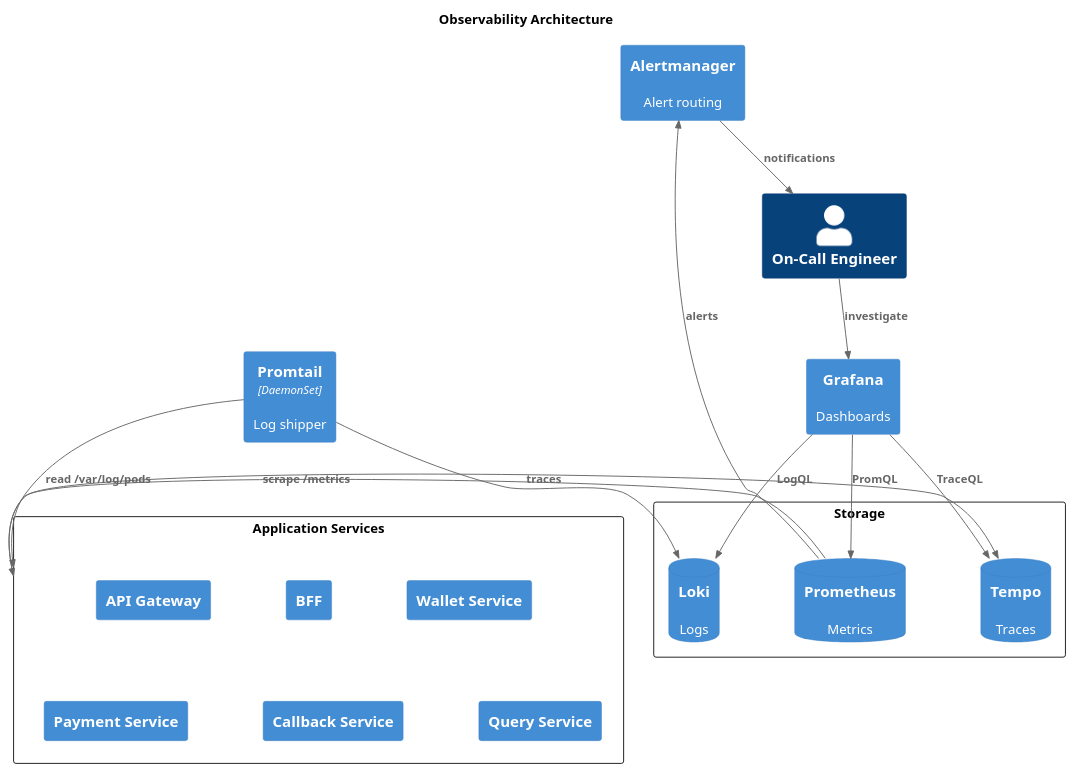
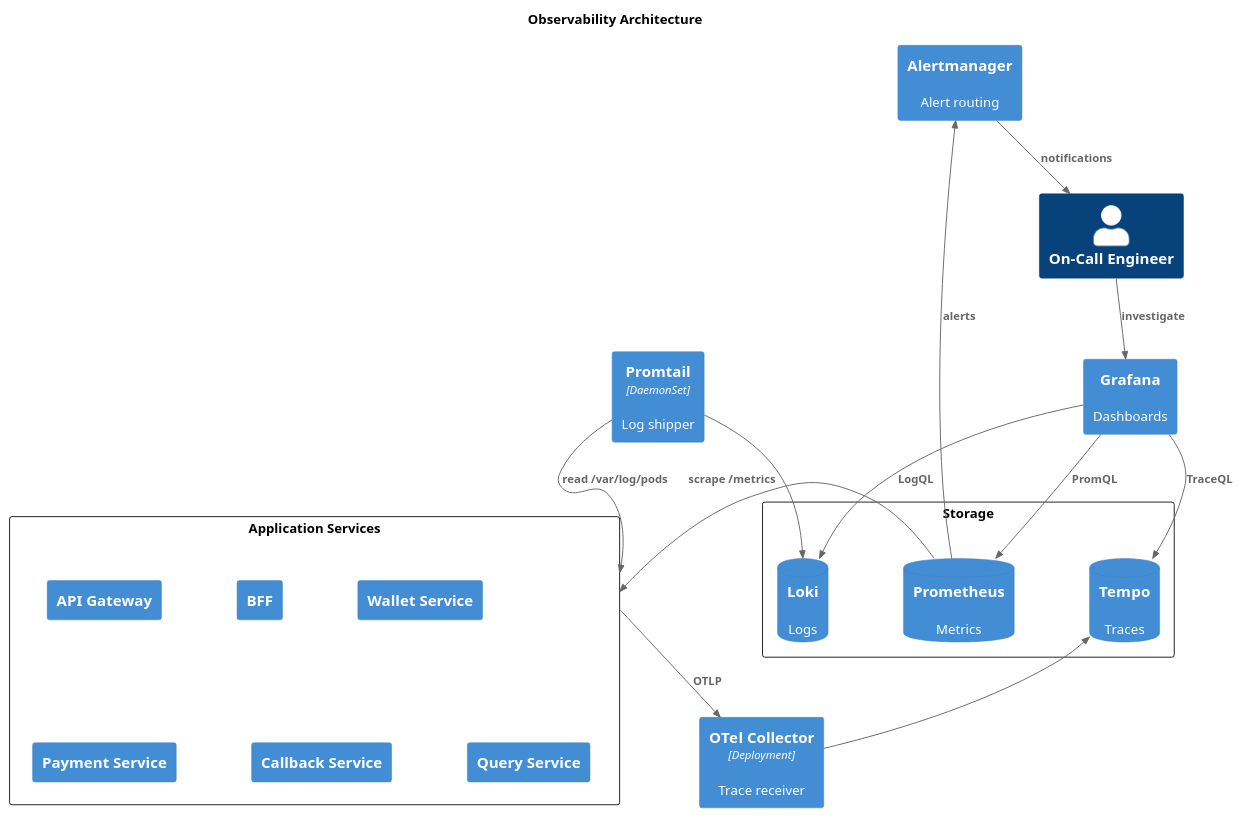
One commit to krsvyat/system-design changed the diagram in diagrams/c4/c2-observability.puml. Above: the diagram before and after it, drawn with PlantUML. The commit also changed 9 other files, not shown here.

```diff
--- a/diagrams/c4/c2-observability.puml
+++ b/diagrams/c4/c2-observability.puml
@@ -1,64 +1,66 @@
 @startuml c2-observability
 !include https://raw.githubusercontent.com/plantuml-stdlib/C4-PlantUML/master/C4_Container.puml
 
 LAYOUT_TOP_DOWN()
 HIDE_STEREOTYPE()
 
 skinparam nodesep 80
 skinparam ranksep 60
 
 title Observability Architecture
 
 ' === Application Services ===
 Rectangle "Application Services" as apps {
     Container(gateway, "API Gateway", "", "")
     Container(bff, "BFF", "", "")
     Container(wallet, "Wallet Service", "", "")
     Container(payment, "Payment Service", "", "")
     Container(callback, "Callback Service", "", "")
     Container(query, "Query Service", "", "")
 }
 
 ' === Collection ===
 Container(promtail, "Promtail", "DaemonSet", "Log shipper")
+Container(otel, "OTel Collector", "Deployment", "Trace receiver")
 
 ' === Storage Layer ===
 Rectangle "Storage" as storage {
     ContainerDb(prometheus, "Prometheus", "", "Metrics")
     ContainerDb(loki, "Loki", "", "Logs")
     ContainerDb(tempo, "Tempo", "", "Traces")
 }
 
 ' === Visualization ===
 Container(grafana, "Grafana", "", "Dashboards")
 
 ' === Alerting ===
 Container(alertmanager, "Alertmanager", "", "Alert routing")
 
 Person(oncall, "On-Call Engineer", "")
 
 ' === Relationships ===
 
 ' Metrics (pull)
 Rel_D(prometheus, apps, "scrape /metrics")
 
 ' Logs (Promtail reads from node filesystem)
 Rel_D(promtail, apps, "read /var/log/pods")
 Rel_D(promtail, loki, "")
 
 ' Traces (push)
-Rel_D(apps, tempo, "traces")
+Rel_D(apps, otel, "OTLP")
+Rel_D(otel, tempo, "")
 
 ' Grafana reads
 Rel_D(grafana, prometheus, "PromQL")
 Rel_D(grafana, loki, "LogQL")
 Rel_D(grafana, tempo, "TraceQL")
 
 ' Alerting
 Rel_D(prometheus, alertmanager, "alerts")
 Rel_D(alertmanager, oncall, "notifications")
 
 ' Engineer uses Grafana
 Rel_D(oncall, grafana, "investigate")
 
 @enduml
```
